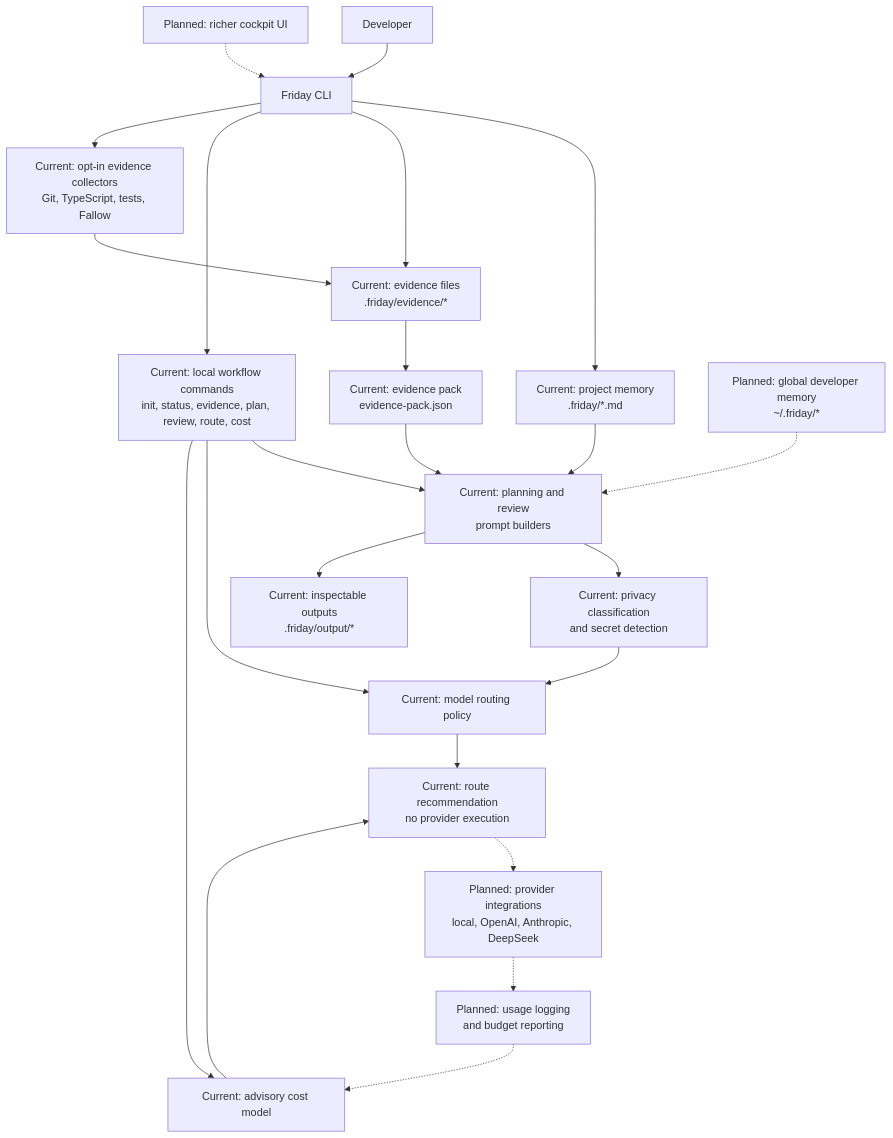
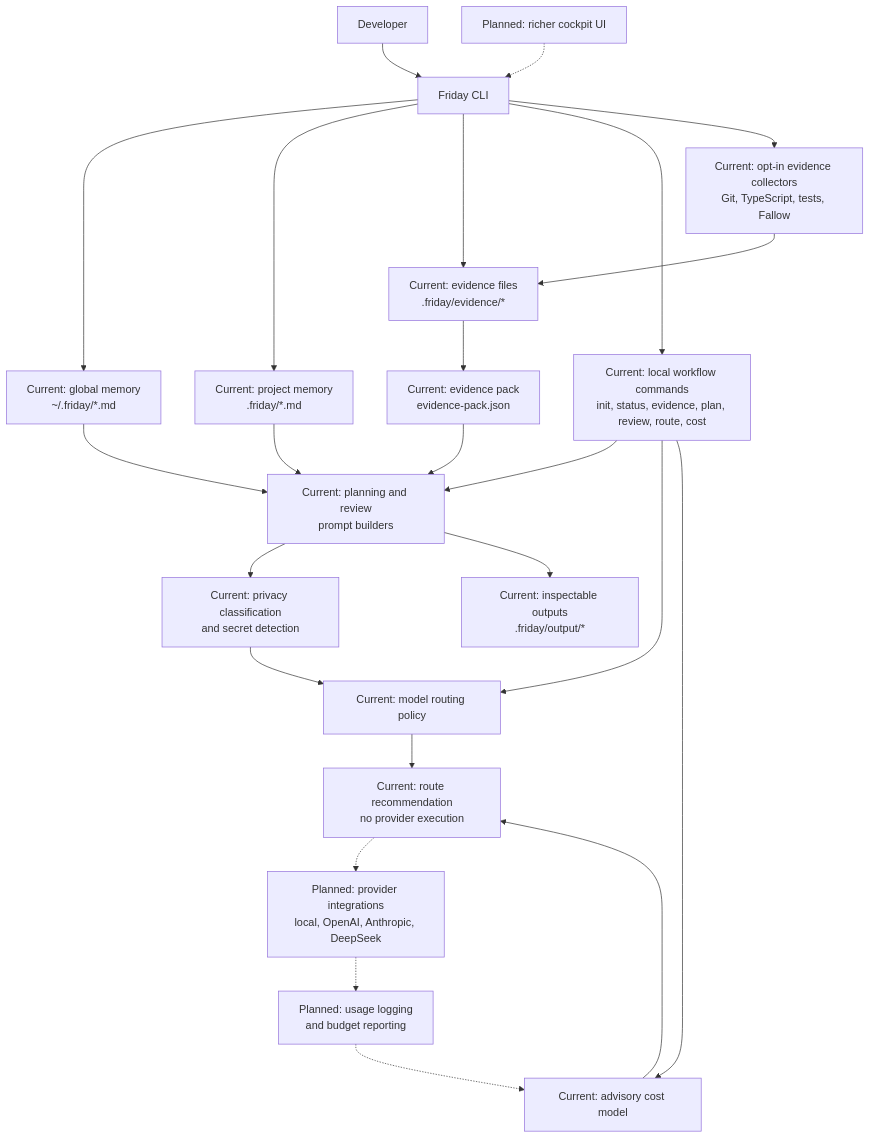
The diagram in docs/architecture.md (MikeBlakeway/friday), drawn with Mermaid before and after one commit. The commit also changed other lines of this file and 15 other files, not shown here.

Commit message:
feat(FRI-033): add global Friday memory

````diff
--- a/docs/architecture.md
+++ b/docs/architecture.md
@@ -13,30 +13,31 @@
 ```mermaid
 flowchart TD
   Developer[Developer] --> CLI[Friday CLI]
 
+  CLI --> CurrentGlobalMemory[Current: global memory<br/>~/.friday/*.md]
   CLI --> CurrentProjectMemory[Current: project memory<br/>.friday/*.md]
   CLI --> CurrentEvidence[Current: evidence files<br/>.friday/evidence/*]
   CLI --> CurrentCommands[Current: local workflow commands<br/>init, status, evidence, plan, review, route, cost]
 
-  CurrentProjectMemory --> PromptBuilders[Current: planning and review<br/>prompt builders]
+  CurrentGlobalMemory --> PromptBuilders[Current: planning and review<br/>prompt builders]
+  CurrentProjectMemory --> PromptBuilders
   CurrentEvidence --> EvidencePack[Current: evidence pack<br/>evidence-pack.json]
   EvidencePack --> PromptBuilders
   CurrentCommands --> PromptBuilders
 
   PromptBuilders --> PrivacySafety[Current: privacy classification<br/>and secret detection]
   CurrentCommands --> RoutePolicy[Current: model routing policy]
   CurrentCommands --> CostModel[Current: advisory cost model]
 
   PrivacySafety --> RoutePolicy
   RoutePolicy --> Recommendation[Current: route recommendation<br/>no provider execution]
   CostModel --> Recommendation
   PromptBuilders --> LocalOutputs[Current: inspectable outputs<br/>.friday/output/*]
 
-  PlannedGlobalMemory[Planned: global developer memory<br/>~/.friday/*] -.-> PromptBuilders
   CLI --> CurrentCollectors[Current: opt-in evidence collectors<br/>Git, TypeScript, tests, Fallow]
   CurrentCollectors --> CurrentEvidence
   Recommendation -.-> PlannedProviders[Planned: provider integrations<br/>local, OpenAI, Anthropic, DeepSeek]
   PlannedProviders -.-> PlannedUsage[Planned: usage logging<br/>and budget reporting]
   PlannedUsage -.-> CostModel
   PlannedCockpit[Planned: richer cockpit UI] -.-> CLI
 ```
````
